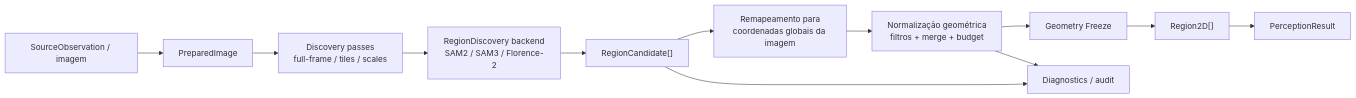
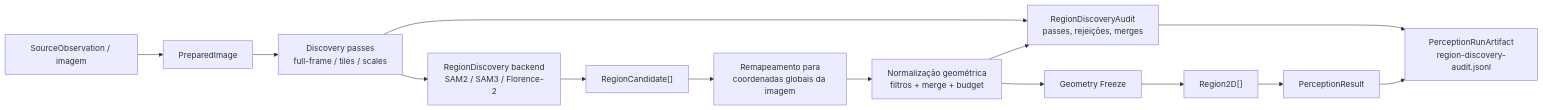
Before and after one commit to Alexandre-Tortoza/contextmap2: the first of 8 diagrams in src/contextmap/visual_perception/docs/region-discovery.md, drawn with Mermaid. The commit also changed other lines of this file and 26 other files, not shown here.

````diff
--- a/src/contextmap/visual_perception/docs/region-discovery.md
+++ b/src/contextmap/visual_perception/docs/region-discovery.md
@@ -9,14 +9,16 @@
 ```mermaid
 flowchart LR
     OBS["SourceObservation / imagem"] --> PREP["PreparedImage"]
     PREP --> PASS["Discovery passes<br/>full-frame / tiles / scales"]
     PASS --> ADAPTER["RegionDiscovery backend<br/>SAM2 / SAM3 / Florence-2"]
     ADAPTER --> CAND["RegionCandidate[]"]
     CAND --> REMAP["Remapeamento para<br/>coordenadas globais da imagem"]
     REMAP --> NORM["Normalização geométrica<br/>filtros + merge + budget"]
     NORM --> FREEZE["Geometry Freeze"]
     FREEZE --> REG["Region2D[]"]
     REG --> VP["PerceptionResult"]
-    CAND --> AUD["Diagnostics / audit"]
+    PASS --> AUD["RegionDiscoveryAudit<br/>passes, rejeições, merges"]
     NORM --> AUD
+    AUD --> PRA["PerceptionRunArtifact<br/>region-discovery-audit.jsonl"]
+    VP --> PRA
 ```
````
